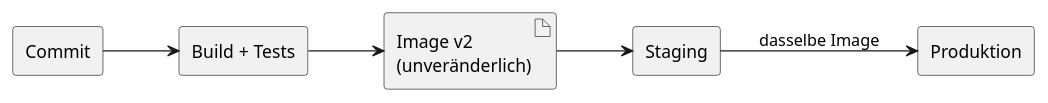
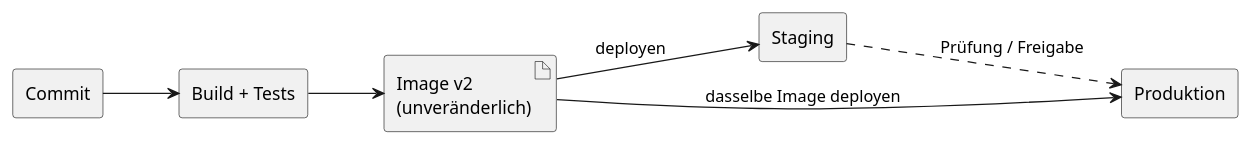
The diagram in Material/Slides/06_Betrieb_Observability_Deployment.md (dhbw-ka-scalable-systems/lecture), drawn with PlantUML before and after one commit. The commit also changed other lines of this file, not shown here.

````diff
--- a/Material/Slides/06_Betrieb_Observability_Deployment.md
+++ b/Material/Slides/06_Betrieb_Observability_Deployment.md
@@ -77,14 +77,15 @@
 ```plantuml
 @startuml
 left to right direction
 rectangle "Commit" as C
 rectangle "Build + Tests" as T
 artifact "Image v2\n(unveränderlich)" as I
 rectangle "Staging" as S
 rectangle "Produktion" as P
 C --> T
 T --> I
-I --> S
-S --> P : dasselbe Image
+I --> S : deployen
+I --> P : dasselbe Image deployen
+S ..> P : Prüfung / Freigabe
 @enduml
 ```
````
